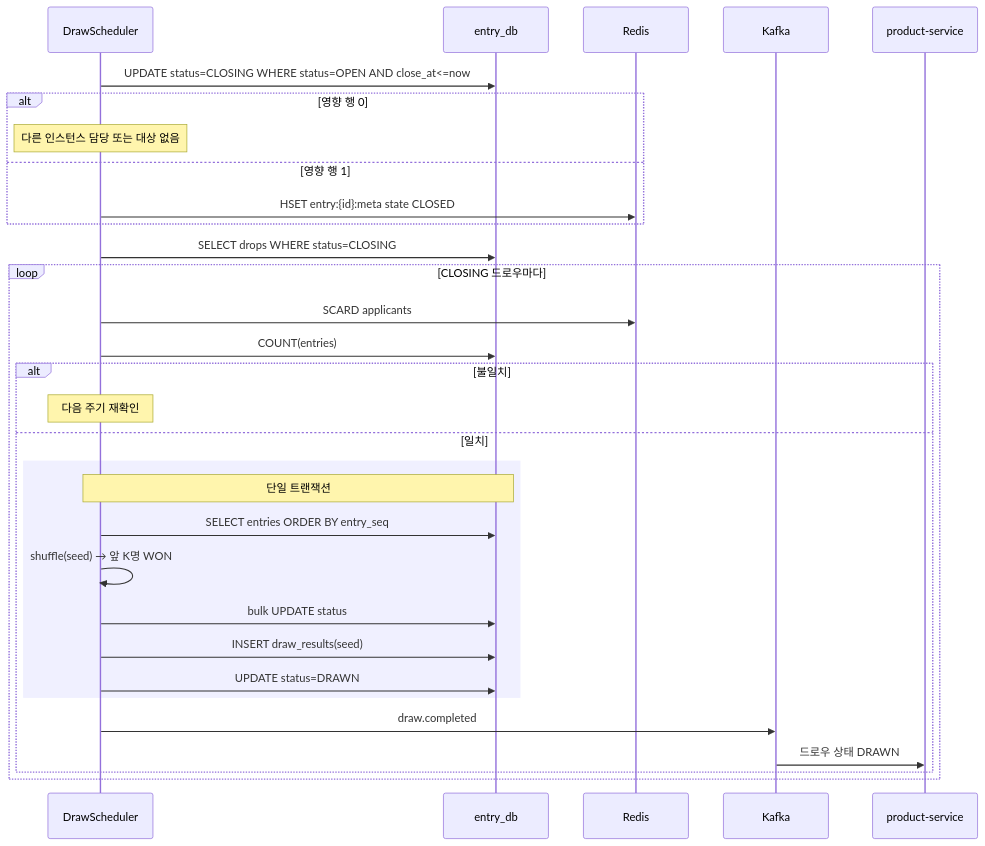
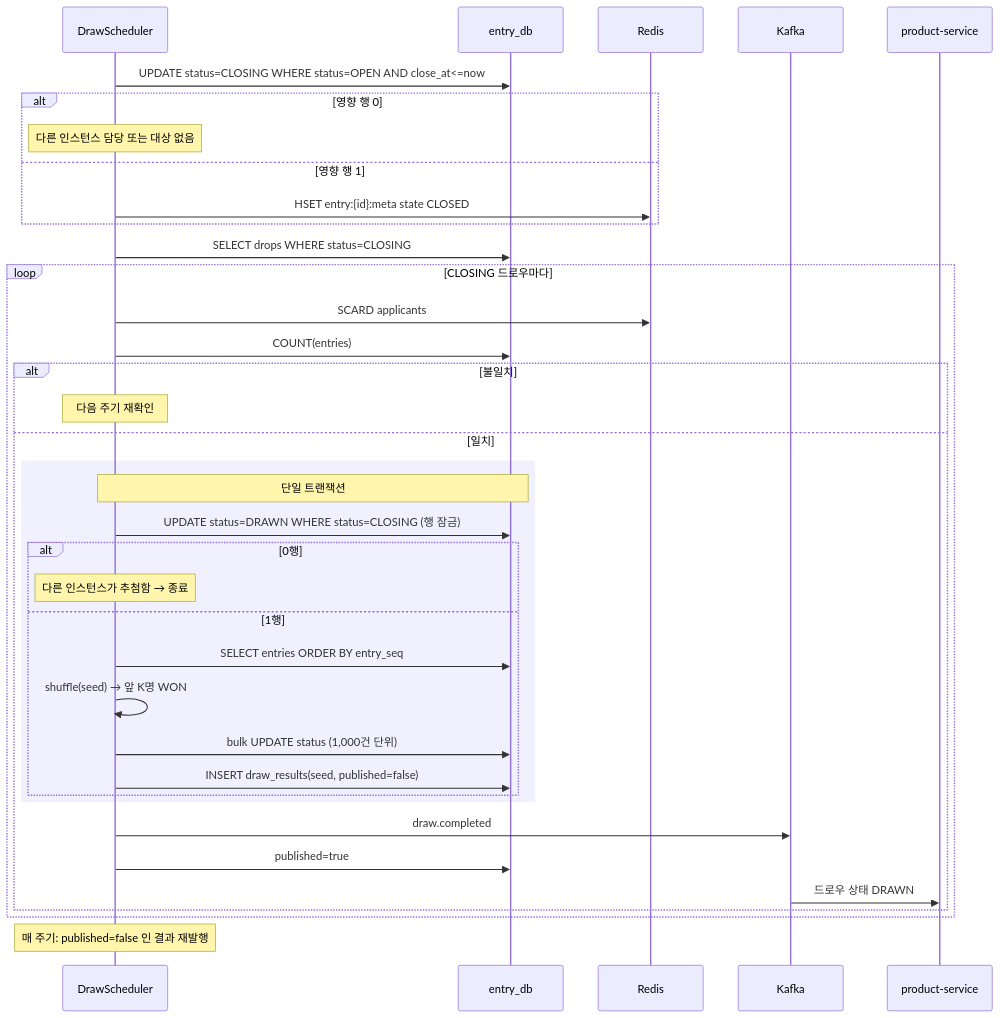
One commit to dd-jiny/queue-drop changed the diagram in docs/design/05-features/draw.md. Above: the diagram before and after it, drawn with Mermaid. The commit also changed other lines of this file and 24 other files, not shown here.

````diff
--- a/docs/design/05-features/draw.md
+++ b/docs/design/05-features/draw.md
@@ -67,35 +73,41 @@
 ```mermaid
 sequenceDiagram
     participant SCH as DrawScheduler
     participant DB as entry_db
     participant R as Redis
     participant K as Kafka
     participant PS as product-service
 
     SCH->>DB: UPDATE status=CLOSING WHERE status=OPEN AND close_at<=now
     alt 영향 행 0
         Note over SCH: 다른 인스턴스 담당 또는 대상 없음
     else 영향 행 1
         SCH->>R: HSET entry:{id}:meta state CLOSED
     end
 
     SCH->>DB: SELECT drops WHERE status=CLOSING
     loop CLOSING 드로우마다
         SCH->>R: SCARD applicants
         SCH->>DB: COUNT(entries)
         alt 불일치
             Note over SCH: 다음 주기 재확인
         else 일치
             rect rgb(240, 240, 255)
             Note over SCH,DB: 단일 트랜잭션
-            SCH->>DB: SELECT entries ORDER BY entry_seq
-            SCH->>SCH: shuffle(seed) → 앞 K명 WON
-            SCH->>DB: bulk UPDATE status
-            SCH->>DB: INSERT draw_results(seed)
-            SCH->>DB: UPDATE status=DRAWN
+            SCH->>DB: UPDATE status=DRAWN WHERE status=CLOSING (행 잠금)
+            alt 0행
+                Note over SCH: 다른 인스턴스가 추첨함 → 종료
+            else 1행
+                SCH->>DB: SELECT entries ORDER BY entry_seq
+                SCH->>SCH: shuffle(seed) → 앞 K명 WON
+                SCH->>DB: bulk UPDATE status (1,000건 단위)
+                SCH->>DB: INSERT draw_results(seed, published=false)
+            end
             end
             SCH->>K: draw.completed
+            SCH->>DB: published=true
             K->>PS: 드로우 상태 DRAWN
         end
     end
+    Note over SCH: 매 주기: published=false 인 결과 재발행
 ```
````
